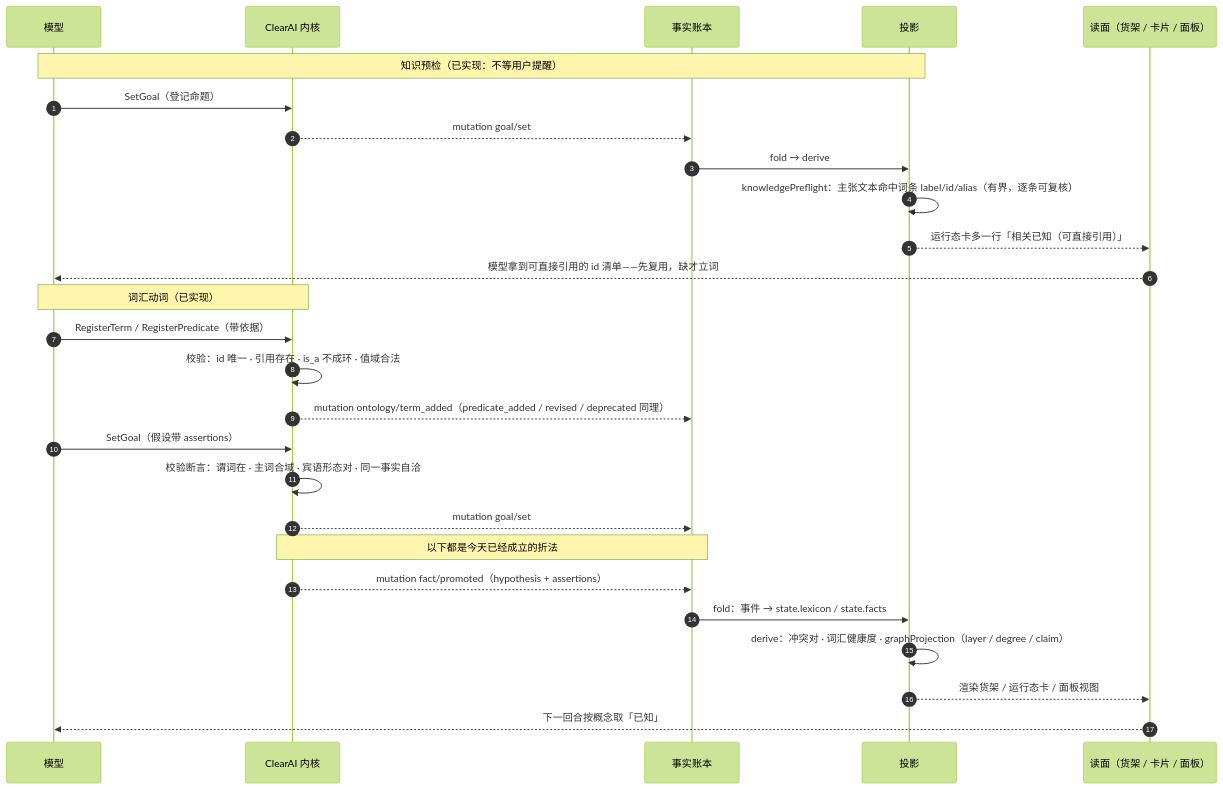
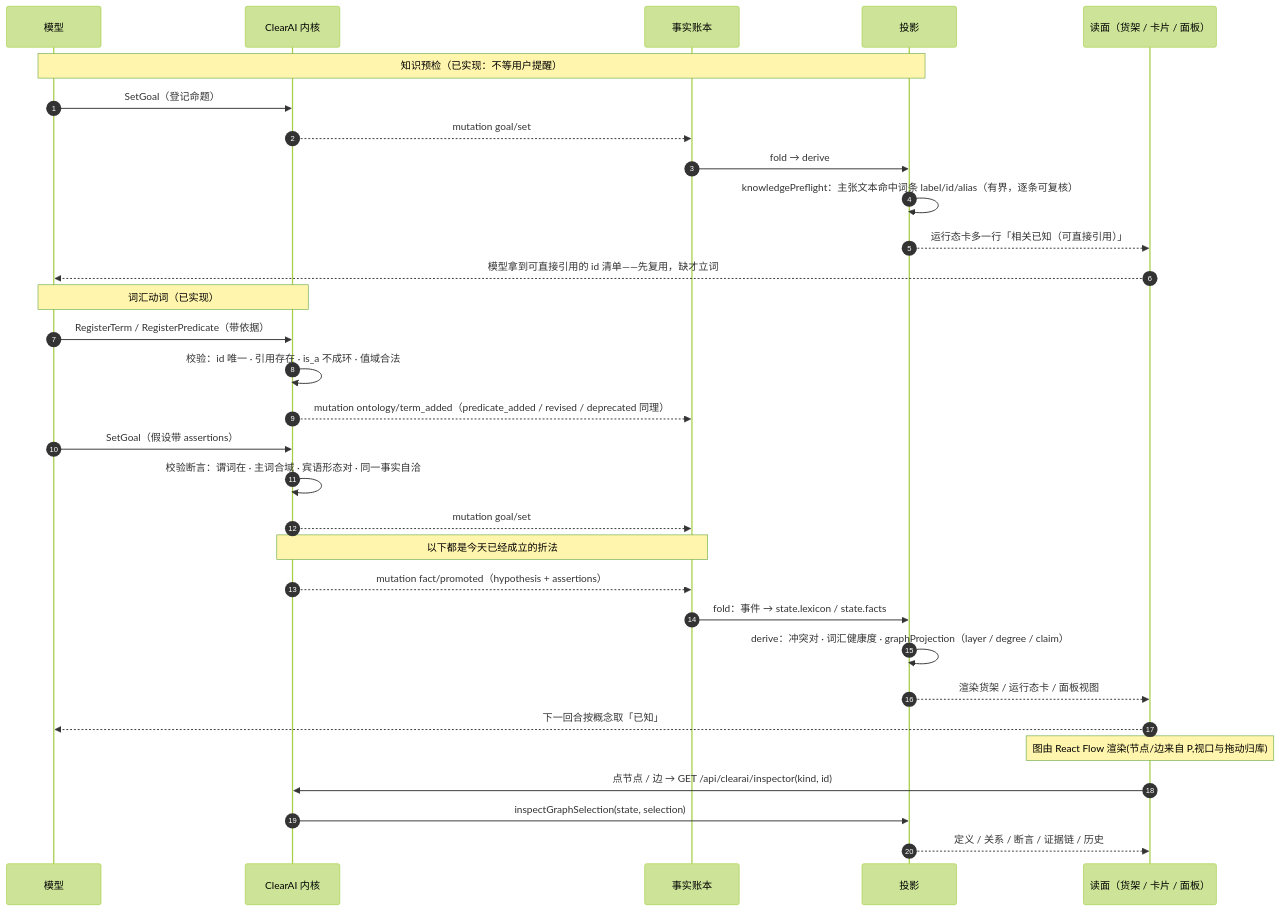
Before and after one commit to Clearailhc/clearai-dsh: the sixth of 7 diagrams in docs/optimization/timing-diagrams.zh-CN.md, drawn with Mermaid (forest theme). The commit also changed other lines of this file and 4 other files, not shown here.

First line of the commit message:
docs: React Flow 迁移的账本、时序图与已知缺口(中英)

````diff
--- a/docs/optimization/timing-diagrams.zh-CN.md
+++ b/docs/optimization/timing-diagrams.zh-CN.md
@@ -232,31 +232,35 @@
 ```mermaid
 sequenceDiagram
     autonumber
     participant M as 模型
     participant K as ClearAI 内核
     participant L as 事实账本
     participant P as 投影
     participant G as 读面（货架 / 卡片 / 面板）
 
     Note over M,P: 知识预检（已实现：不等用户提醒）
     M->>K: SetGoal（登记命题）
     K-->>L: mutation goal/set
     L->>P: fold → derive
     P->>P: knowledgePreflight：主张文本命中词条 label/id/alias（有界，逐条可复核）
     P-->>G: 运行态卡多一行「相关已知（可直接引用）」
     G-->>M: 模型拿到可直接引用的 id 清单——先复用，缺才立词
 
     Note over M,K: 词汇动词（已实现）
     M->>K: RegisterTerm / RegisterPredicate（带依据）
     K->>K: 校验：id 唯一 · 引用存在 · is_a 不成环 · 值域合法
     K-->>L: mutation ontology/term_added（predicate_added / revised / deprecated 同理）
     M->>K: SetGoal（假设带 assertions）
     K->>K: 校验断言：谓词在 · 主词合域 · 宾语形态对 · 同一事实自洽
     K-->>L: mutation goal/set
     Note over K,L: 以下都是今天已经成立的折法
     K-->>L: mutation fact/promoted（hypothesis + assertions）
     L->>P: fold：事件 → state.lexicon / state.facts
     P->>P: derive：冲突对 · 词汇健康度 · graphProjection（layer / degree / claim）
     P-->>G: 渲染货架 / 运行态卡 / 面板视图
     G-->>M: 下一回合按概念取「已知」
+    Note over G: 图由 React Flow 渲染(节点/边来自 P,视口与拖动归库)
+    G->>K: 点节点 / 边 → GET /api/clearai/inspector(kind, id)
+    K->>P: inspectGraphSelection(state, selection)
+    P-->>G: 定义 / 关系 / 断言 / 证据链 / 历史
 ```
````
